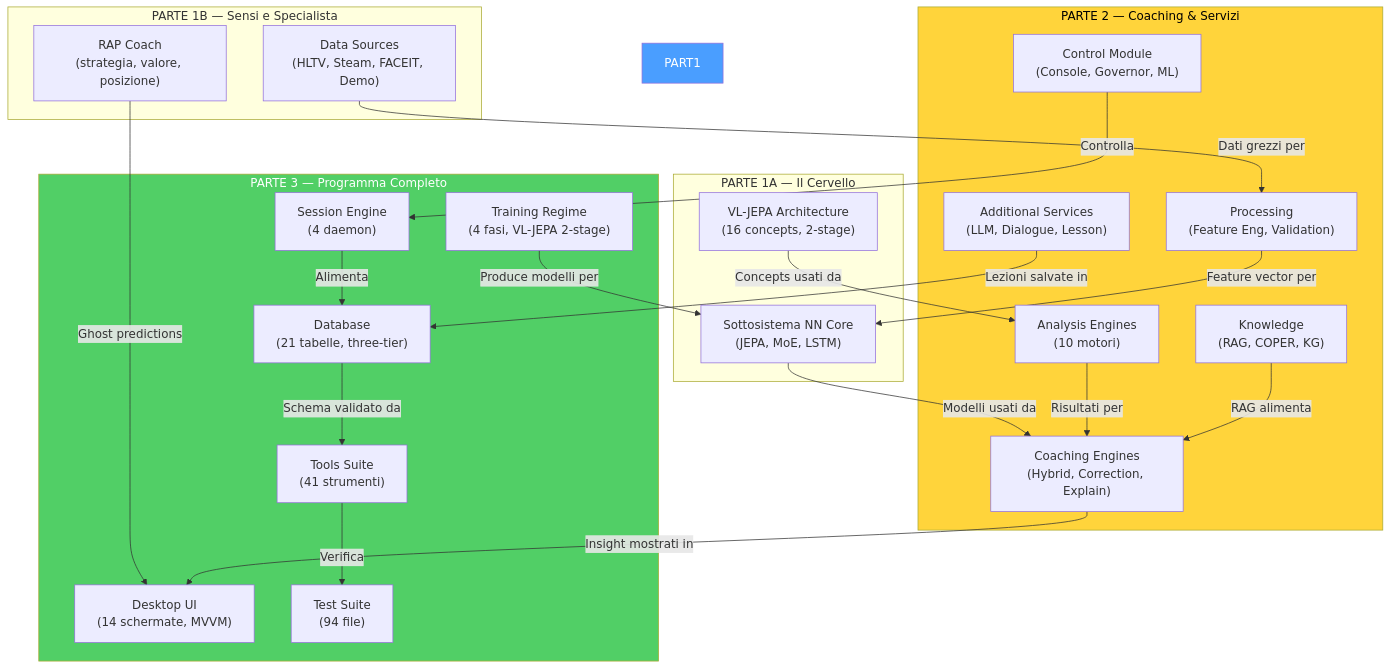
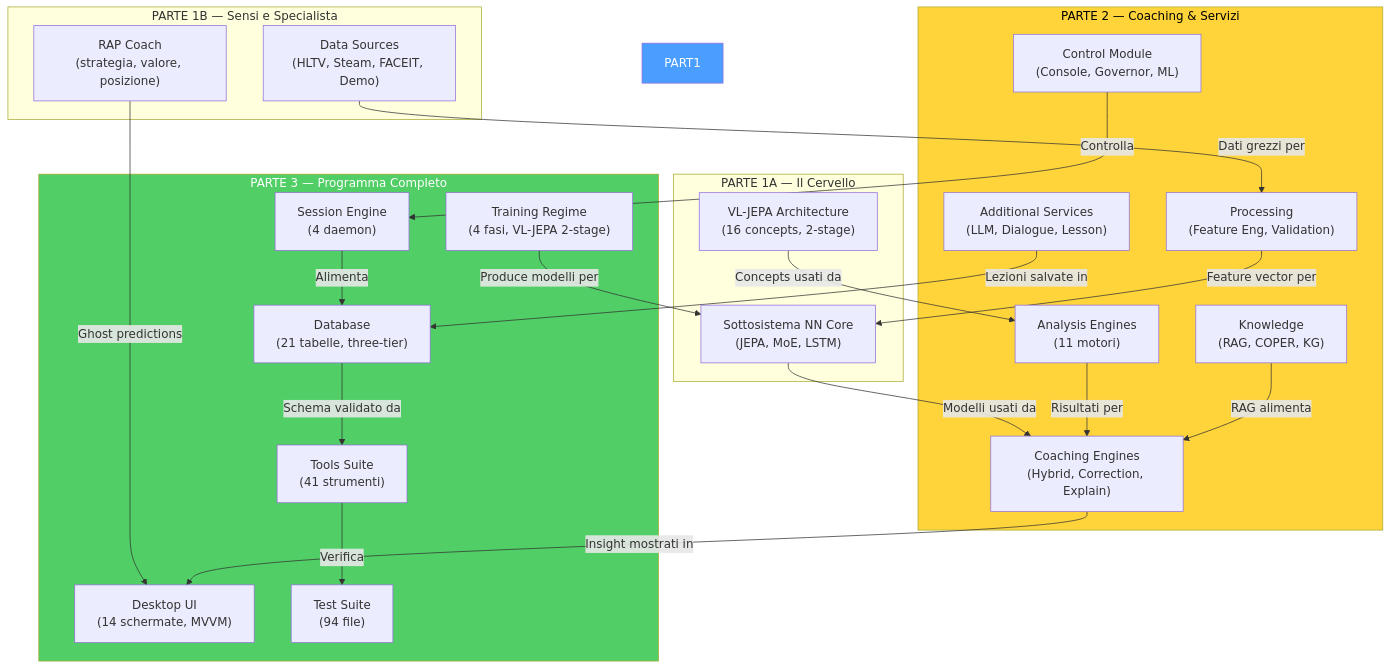
Before and after one commit to renanaugustomacena-ux/Counter-Strike-coach-AI: diagram 55 of 55 in docs/books/Book-Coach-3.md, drawn with Mermaid. The commit also changed other lines of this file and 29 other files, not shown here.

````diff
--- a/docs/books/Book-Coach-3.md
+++ b/docs/books/Book-Coach-3.md
@@ -2975,46 +3038,46 @@
 ```mermaid
 flowchart TB
     subgraph PART1A["PARTE 1A — Il Cervello"]
         P1_NN["Sottosistema NN Core<br/>(JEPA, MoE, LSTM)"]
         P1_VL["VL-JEPA Architecture<br/>(16 concepts, 2-stage)"]
     end
     subgraph PART1B["PARTE 1B — Sensi e Specialista"]
         P1_RAP["RAP Coach<br/>(strategia, valore, posizione)"]
         P1_DS["Data Sources<br/>(HLTV, Steam, FACEIT, Demo)"]
     end
     subgraph PART2["PARTE 2 — Coaching & Servizi"]
         P2_CE["Coaching Engines<br/>(Hybrid, Correction, Explain)"]
         P2_SV["Additional Services<br/>(LLM, Dialogue, Lesson)"]
-        P2_AN["Analysis Engines<br/>(10 motori)"]
+        P2_AN["Analysis Engines<br/>(11 motori)"]
         P2_KN["Knowledge<br/>(RAG, COPER, KG)"]
         P2_PR["Processing<br/>(Feature Eng, Validation)"]
         P2_CT["Control Module<br/>(Console, Governor, ML)"]
     end
     subgraph PART3["PARTE 3 — Programma Completo"]
         P3_DB["Database<br/>(21 tabelle, three-tier)"]
         P3_TR["Training Regime<br/>(4 fasi, VL-JEPA 2-stage)"]
         P3_UI["Desktop UI<br/>(14 schermate, MVVM)"]
         P3_SE["Session Engine<br/>(4 daemon)"]
         P3_TL["Tools Suite<br/>(41 strumenti)"]
         P3_TS["Test Suite<br/>(94 file)"]
     end
 
     P1_NN -->|"Modelli usati da"| P2_CE
     P1_VL -->|"Concepts usati da"| P2_AN
     P1_RAP -->|"Ghost predictions"| P3_UI
     P1_DS -->|"Dati grezzi per"| P2_PR
     P2_CE -->|"Insight mostrati in"| P3_UI
     P2_SV -->|"Lezioni salvate in"| P3_DB
     P2_AN -->|"Risultati per"| P2_CE
     P2_KN -->|"RAG alimenta"| P2_CE
     P2_PR -->|"Feature vector per"| P1_NN
     P2_CT -->|"Controlla"| P3_SE
     P3_DB -->|"Schema validato da"| P3_TL
     P3_TR -->|"Produce modelli per"| P1_NN
     P3_SE -->|"Alimenta"| P3_DB
     P3_TL -->|"Verifica"| P3_TS
 
     style PART1 fill:#4a9eff,color:#fff
     style PART2 fill:#ffd43b,color:#000
     style PART3 fill:#51cf66,color:#fff
 ```
````
